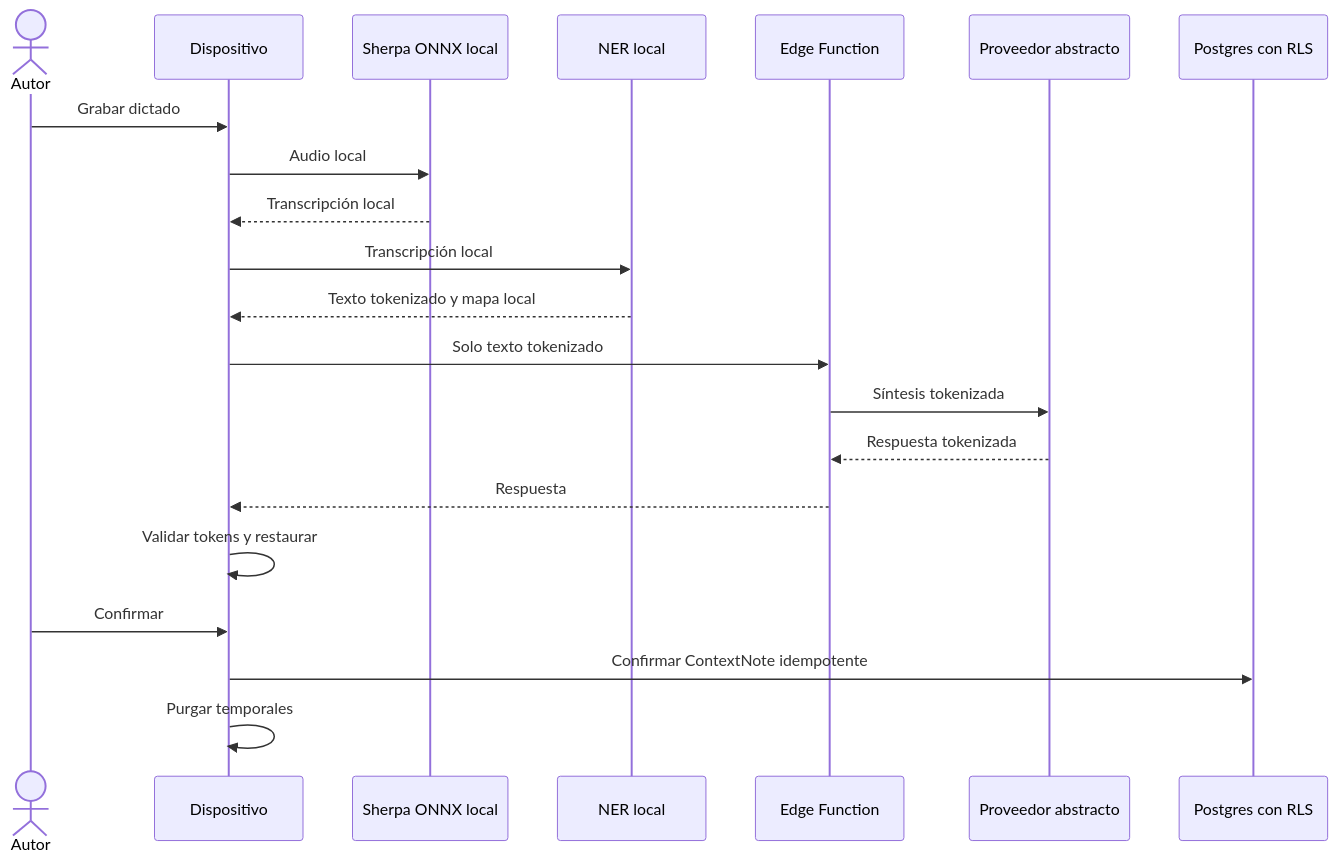
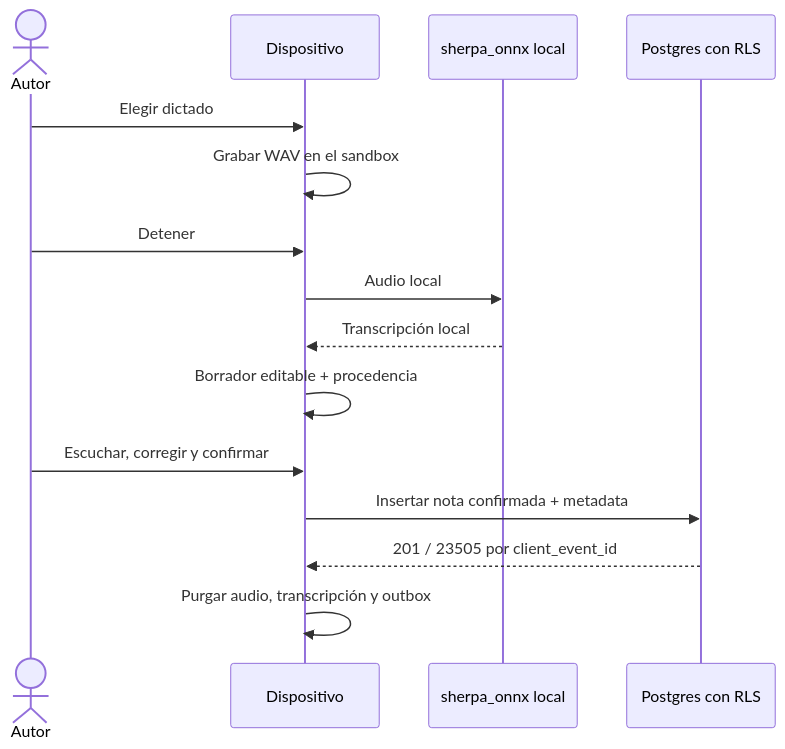
Before and after one commit to panxoyk/carer-record-app: the diagram in docs/foundation/flows/audio-note.md, drawn with Mermaid. The commit also changed other lines of this file and 17 other files, not shown here.

````diff
--- a/docs/foundation/flows/audio-note.md
+++ b/docs/foundation/flows/audio-note.md
@@ -52,23 +46,17 @@
 ```mermaid
 sequenceDiagram
   actor A as Autor
   participant App as Dispositivo
-  participant ASR as Sherpa ONNX local
-  participant NER as NER local
-  participant Edge as Edge Function
-  participant IA as Proveedor abstracto
+  participant ASR as sherpa_onnx local
   participant DB as Postgres con RLS
-  A->>App: Grabar dictado
+  A->>App: Elegir dictado
+  App->>App: Grabar WAV en el sandbox
+  A->>App: Detener
   App->>ASR: Audio local
   ASR-->>App: Transcripción local
-  App->>NER: Transcripción local
-  NER-->>App: Texto tokenizado y mapa local
-  App->>Edge: Solo texto tokenizado
-  Edge->>IA: Síntesis tokenizada
-  IA-->>Edge: Respuesta tokenizada
-  Edge-->>App: Respuesta
-  App->>App: Validar tokens y restaurar
-  A->>App: Confirmar
-  App->>DB: Confirmar ContextNote idempotente
-  App->>App: Purgar temporales
+  App->>App: Borrador editable + procedencia
+  A->>App: Escuchar, corregir y confirmar
+  App->>DB: Insertar nota confirmada + metadata
+  DB-->>App: 201 / 23505 por client_event_id
+  App->>App: Purgar audio, transcripción y outbox
 ```
````
